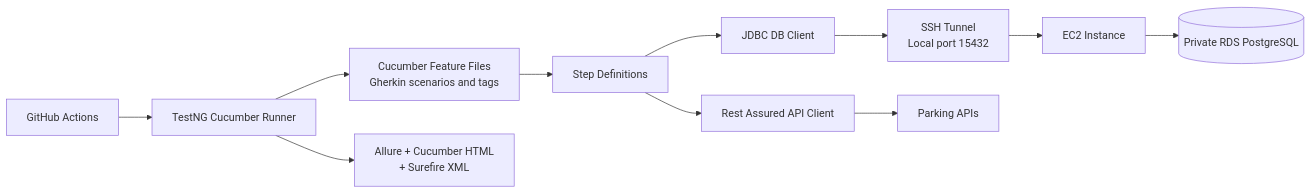
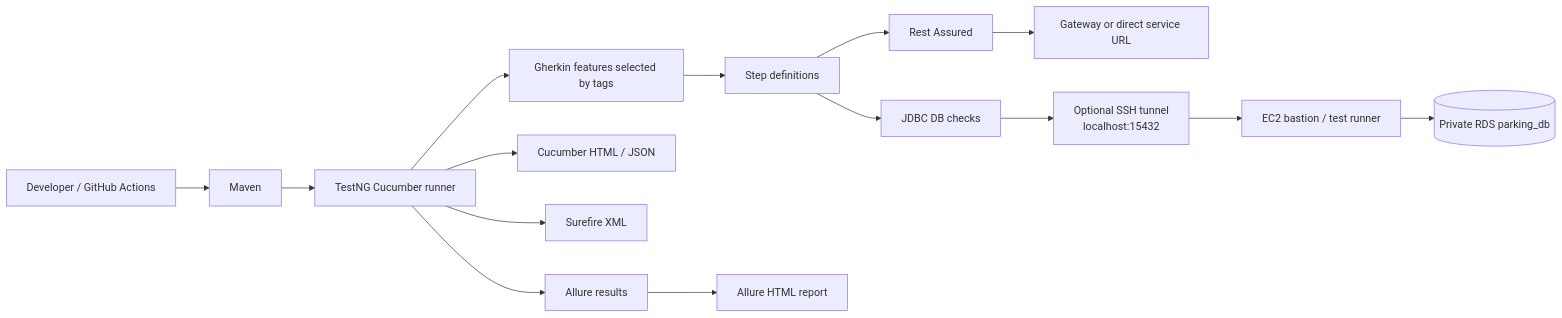
The tenth of 10 diagrams in Parking_Microservices_Architecture.md (sangeethadhatrika510-svg/test-parking-api-testing), drawn with Mermaid before and after one commit. The commit also changed other lines of this file, not shown here.

First line of the commit message:
Update Parking_Microservices_Architecture.md

````diff
--- a/Parking_Microservices_Architecture.md
+++ b/Parking_Microservices_Architecture.md
@@ -199,27 +289,20 @@
 ```mermaid
 flowchart LR
-    Feature["Cucumber Feature Files<br/>Gherkin scenarios and tags"]
-    Runner["TestNG Cucumber Runner"]
-    Steps["Step Definitions"]
-    APIClient["Rest Assured API Client"]
-    DBClient["JDBC DB Client"]
-    Tunnel["SSH Tunnel<br/>Local port 15432"]
-    EC2["EC2 Instance"]
-    RDS[("Private RDS PostgreSQL")]
-    Services["Parking APIs"]
-    Reports["Allure + Cucumber HTML<br/>+ Surefire XML"]
-    Actions["GitHub Actions"]
+    Trigger["Developer / GitHub Actions"] --> Maven["Maven"]
+    Maven --> TestNG["TestNG Cucumber runner"]
+    TestNG --> Features["Gherkin features selected by tags"]
+    Features --> Steps["Step definitions"]
 
-    Actions --> Runner
-    Runner --> Feature
-    Feature --> Steps
-    Steps --> APIClient
-    Steps --> DBClient
+    Steps --> RestAssured["Rest Assured"]
+    RestAssured --> Gateway["Gateway or direct service URL"]
 
-    APIClient --> Services
-    DBClient --> Tunnel
-    Tunnel --> EC2
-    EC2 --> RDS
+    Steps --> JDBC["JDBC DB checks"]
+    JDBC --> Tunnel["Optional SSH tunnel<br/>localhost:15432"]
+    Tunnel --> EC2["EC2 bastion / test runner"]
+    EC2 --> RDS[("Private RDS parking_db")]
 
-    Runner --> Reports
+    TestNG --> Cucumber["Cucumber HTML / JSON"]
+    TestNG --> Surefire["Surefire XML"]
+    TestNG --> AllureResults["Allure results"]
+    AllureResults --> Allure["Allure HTML report"]
 ```
````
